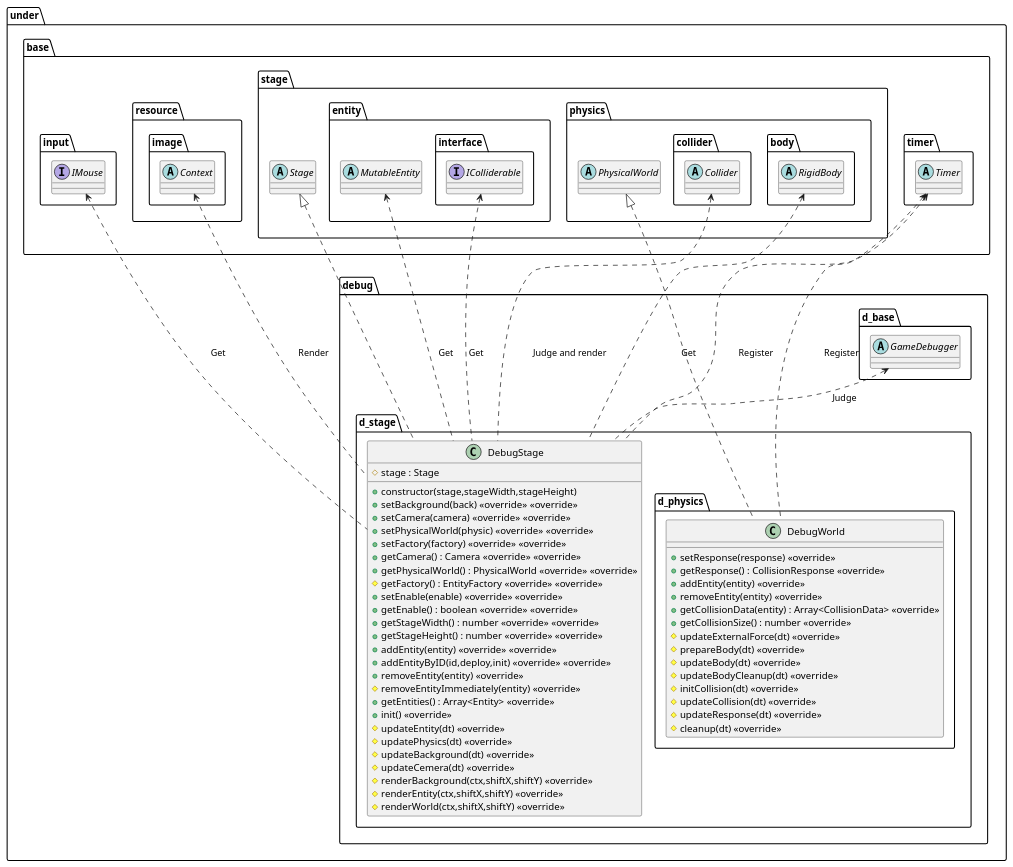
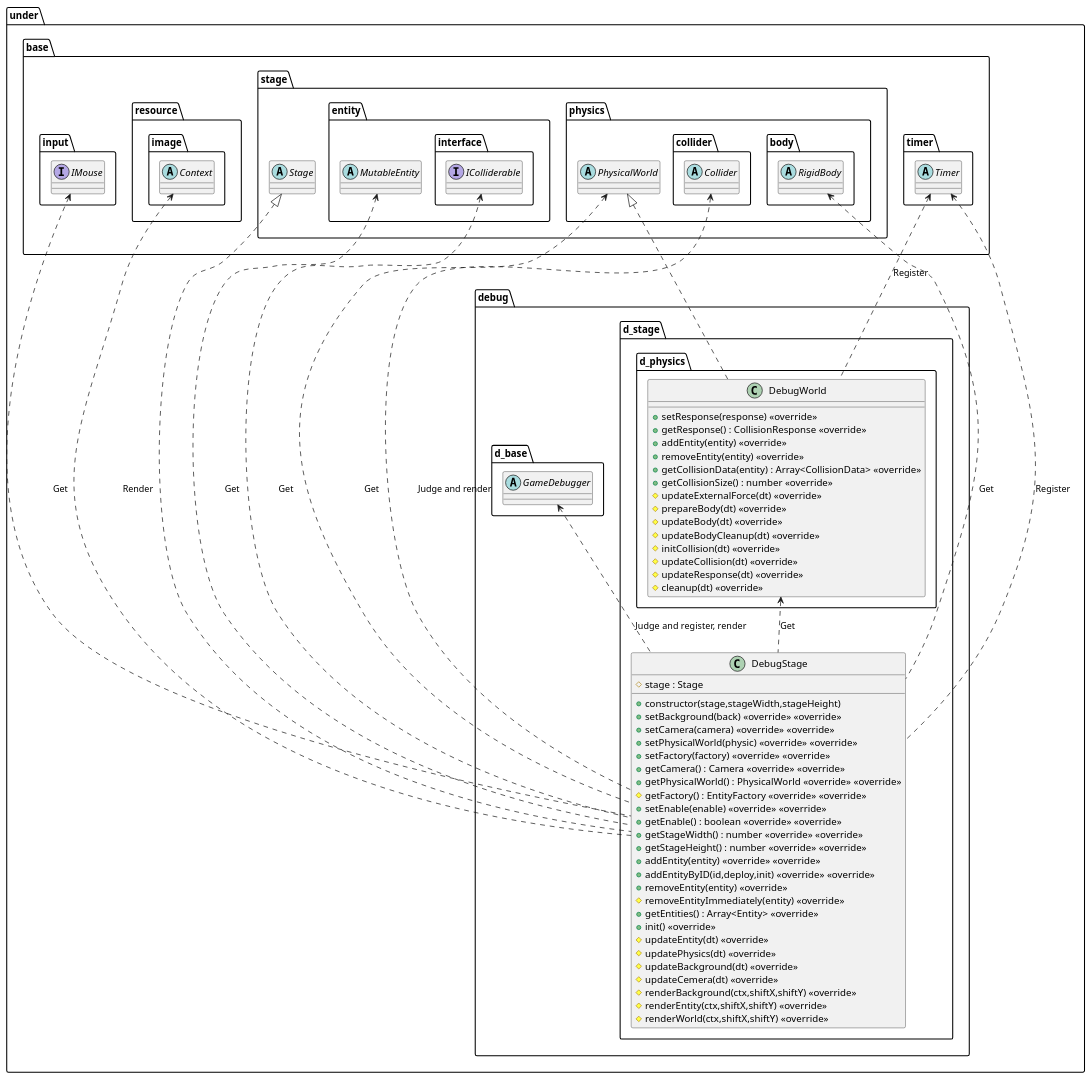
The diagram in uml/debug/Stage.wsd (Expine/Under), drawn with PlantUML before and after one commit. The commit also changed 25 other files, not shown here.

Commit message:
Fix editor uml, abstract editor function

```diff
--- a/uml/debug/Stage.wsd
+++ b/uml/debug/Stage.wsd
@@ -1,109 +1,111 @@
 @startuml DebugStage
 
 package under {
     package debug {
         package d_stage {
             class DebugStage {
                 +constructor(stage,stageWidth,stageHeight)
                 #stage : Stage
                 +setBackground(back) <<override>> <<override>>
                 +setCamera(camera) <<override>> <<override>>
                 +setPhysicalWorld(physic) <<override>> <<override>>
                 +setFactory(factory) <<override>> <<override>>
                 +getCamera() : Camera <<override>> <<override>>
                 +getPhysicalWorld() : PhysicalWorld <<override>> <<override>>
                 #getFactory() : EntityFactory <<override>> <<override>>
                 +setEnable(enable) <<override>> <<override>>
                 +getEnable() : boolean <<override>> <<override>>
                 +getStageWidth() : number <<override>> <<override>>
                 +getStageHeight() : number <<override>> <<override>>
                 +addEntity(entity) <<override>> <<override>>
                 +addEntityByID(id,deploy,init) <<override>> <<override>>
                 +removeEntity(entity) <<override>>
                 #removeEntityImmediately(entity) <<override>>
                 +getEntities() : Array<Entity> <<override>>
                 +init() <<override>>
                 #updateEntity(dt) <<override>>
                 #updatePhysics(dt) <<override>>
                 #updateBackground(dt) <<override>>
                 #updateCemera(dt) <<override>>
                 #renderBackground(ctx,shiftX,shiftY) <<override>>
                 #renderEntity(ctx,shiftX,shiftY) <<override>>
                 #renderWorld(ctx,shiftX,shiftY) <<override>>
             }
             package d_physics {
                 class DebugWorld {
                     +setResponse(response) <<override>>
                     +getResponse() : CollisionResponse <<override>>
                     +addEntity(entity) <<override>>
                     +removeEntity(entity) <<override>>
                     +getCollisionData(entity) : Array<CollisionData> <<override>>
                     +getCollisionSize() : number <<override>>
                     #updateExternalForce(dt) <<override>>
                     #prepareBody(dt) <<override>>
                     #updateBody(dt) <<override>>
                     #updateBodyCleanup(dt) <<override>>
                     #initCollision(dt) <<override>>
                     #updateCollision(dt) <<override>>
                     #updateResponse(dt) <<override>>
                     #cleanup(dt) <<override>>
                 }
             }
         }
     }
 }
 
 package under {
     package base {
         package input  {
             interface IMouse
         }
         package resource {
             package image {
                 abstract Context
             }
         }
         package stage {
             abstract Stage
             package entity {
                 abstract MutableEntity
                 package interface {
                     interface IColliderable
                 }
             }
             package physics  {
                 abstract PhysicalWorld
                 package collider {
                     abstract Collider
                 }
                 package body {
                     abstract RigidBody
                 }
             }
         }
         package timer {
             abstract Timer
         }
     }
     package debug {
         package d_base {
             abstract GameDebugger
         }
     }
 }
 
 Timer <... DebugStage : Register
-GameDebugger <.. DebugStage : Judge
+GameDebugger <.. DebugStage : Judge and register, render
 IMouse <... DebugStage : Get
 MutableEntity <... DebugStage : Get
 Collider <... DebugStage : Judge and render
 IColliderable <... DebugStage : Get
 RigidBody <... DebugStage : Get
 Context <... DebugStage : Render
+PhysicalWorld <.. DebugStage : Get
+DebugWorld <.. DebugStage : Get
 
 Timer <.. DebugWorld : Register
 
 Stage <|.. DebugStage
 PhysicalWorld <|.. DebugWorld
 
 @enduml
```
